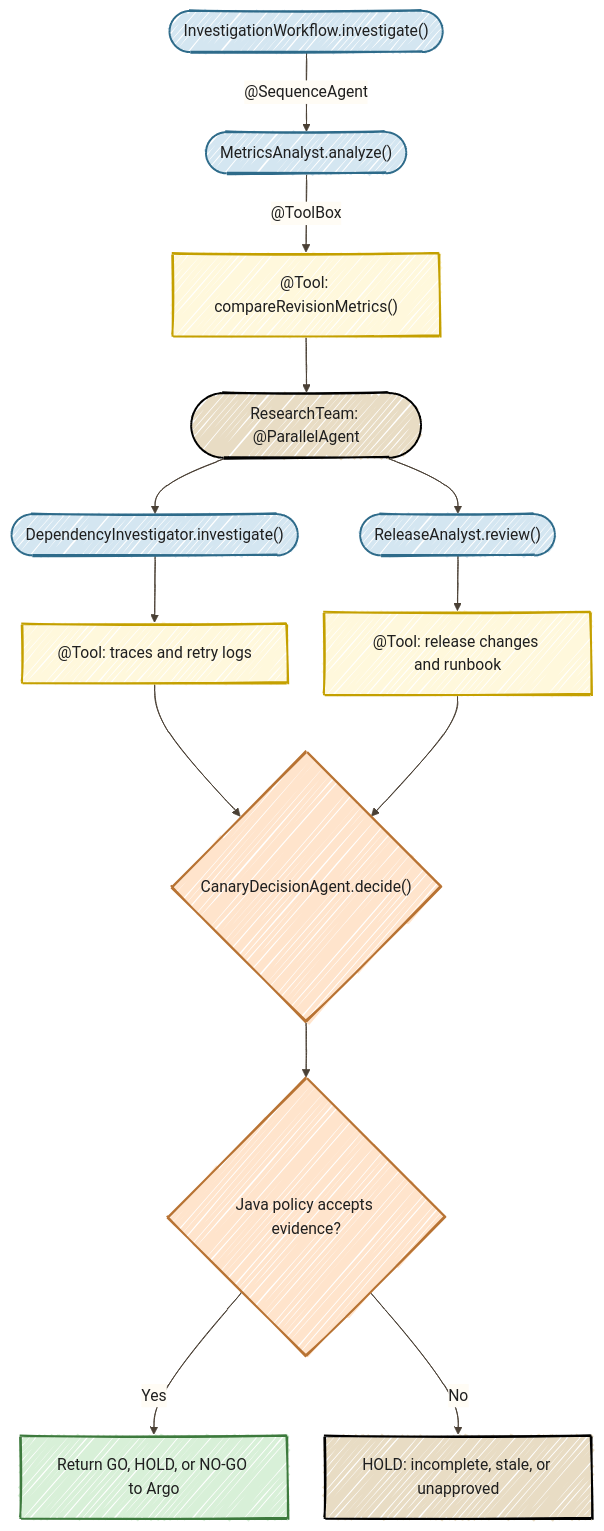
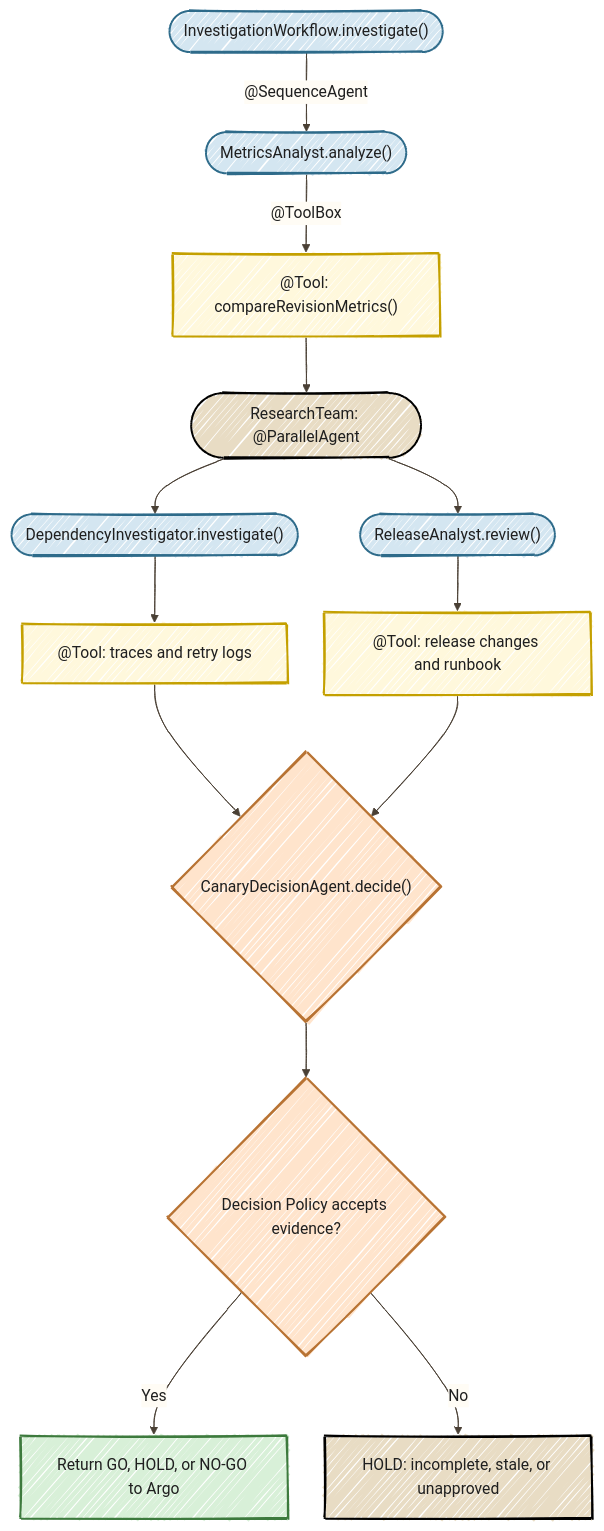
The diagram in src/main/resources/META-INF/resources/diagrams/agent-workflow.mmd (danieloh30/intelligent-canary-delivery), drawn with Mermaid before and after one commit. The commit also changed 12 other files, not shown here.

Commit message:
Explain Decision Policy and HITL in the SPA presenter guide

```diff
--- a/src/main/resources/META-INF/resources/diagrams/agent-workflow.mmd
+++ b/src/main/resources/META-INF/resources/diagrams/agent-workflow.mmd
@@ -1,33 +1,33 @@
 %%{init: {'look':'handDrawn','theme':'base','themeVariables': {'darkMode':false,'background':'#FFFCF5','primaryTextColor':'#1F1F1F','secondaryTextColor':'#1F1F1F','tertiaryTextColor':'#1F1F1F','textColor':'#1F1F1F','lineColor':'#4A4035','edgeLabelBackground':'#FFFCF5','clusterBkg':'#F5F5F0','clusterBorder':'#6B5B45','fontSize':'16px'},'flowchart': {'nodeSpacing':35,'rankSpacing':55,'padding':18}}}%%
 flowchart TD
     A(["InvestigationWorkflow.investigate()"])
     M(["MetricsAnalyst.analyze()"])
     MT["@Tool: compareRevisionMetrics()"]
     TEAM(["ResearchTeam: @ParallelAgent"])
     D(["DependencyInvestigator.investigate()"])
     DT["@Tool: traces and retry logs"]
     R(["ReleaseAnalyst.review()"])
     RT["@Tool: release changes and runbook"]
     C{"CanaryDecisionAgent.decide()"}
-    P{"Java policy accepts evidence?"}
+    P{"Decision Policy accepts evidence?"}
     YES["Return GO, HOLD, or NO-GO to Argo"]
     NO["HOLD: incomplete, stale, or unapproved"]
     A -->|"@SequenceAgent"| M
     M -->|"@ToolBox"| MT --> TEAM
     TEAM --> D --> DT --> C
     TEAM --> R --> RT --> C
     C --> P
     P -->|Yes| YES
     P -->|No| NO
     style A fill:#D4E6F1,stroke:#2E6B8A,color:#1F1F1F,stroke-width:2px
     style M fill:#D4E6F1,stroke:#2E6B8A,color:#1F1F1F,stroke-width:2px
     style MT fill:#FFF8DC,stroke:#C4A000,color:#1F1F1F,stroke-width:2px
     style TEAM fill:#E8DCC4,stroke:#000000,color:#1F1F1F,stroke-width:2px
     style D fill:#D4E6F1,stroke:#2E6B8A,color:#1F1F1F,stroke-width:2px
     style DT fill:#FFF8DC,stroke:#C4A000,color:#1F1F1F,stroke-width:2px
     style R fill:#D4E6F1,stroke:#2E6B8A,color:#1F1F1F,stroke-width:2px
     style RT fill:#FFF8DC,stroke:#C4A000,color:#1F1F1F,stroke-width:2px
     style C fill:#FFE4CC,stroke:#B87333,color:#1F1F1F,stroke-width:2px
     style P fill:#FFE4CC,stroke:#B87333,color:#1F1F1F,stroke-width:2px
     style YES fill:#D8F0D8,stroke:#3D7A3D,color:#1F1F1F,stroke-width:2px
     style NO fill:#E8DCC4,stroke:#000000,color:#1F1F1F,stroke-width:2px
```
